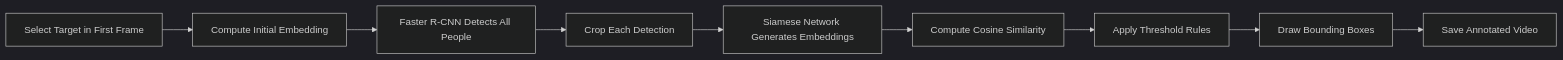
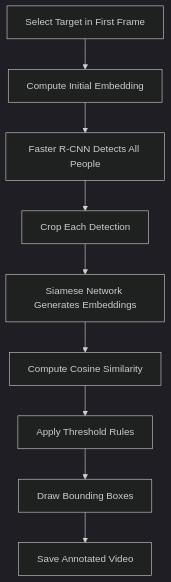
The diagram in README.md (seangupta1/AI-computer-vision-pedestrian-tracking-system), drawn with Mermaid (dark theme) before and after one commit.

````diff
--- a/README.md
+++ b/README.md
@@ -50,21 +50,21 @@
 ```mermaid
-flowchart LR
+flowchart TD
     A[Select Target in First Frame]
     B[Compute Initial Embedding]
     C[Faster R-CNN Detects All People]
     D[Crop Each Detection]
     E[Siamese Network Generates Embeddings]
     F[Compute Cosine Similarity]
     G[Apply Threshold Rules]
     H[Draw Bounding Boxes]
     I[Save Annotated Video]
 
     A --> B
     B --> C
     C --> D
     D --> E
     E --> F
     F --> G
     G --> H
     H --> I
 ```
````
